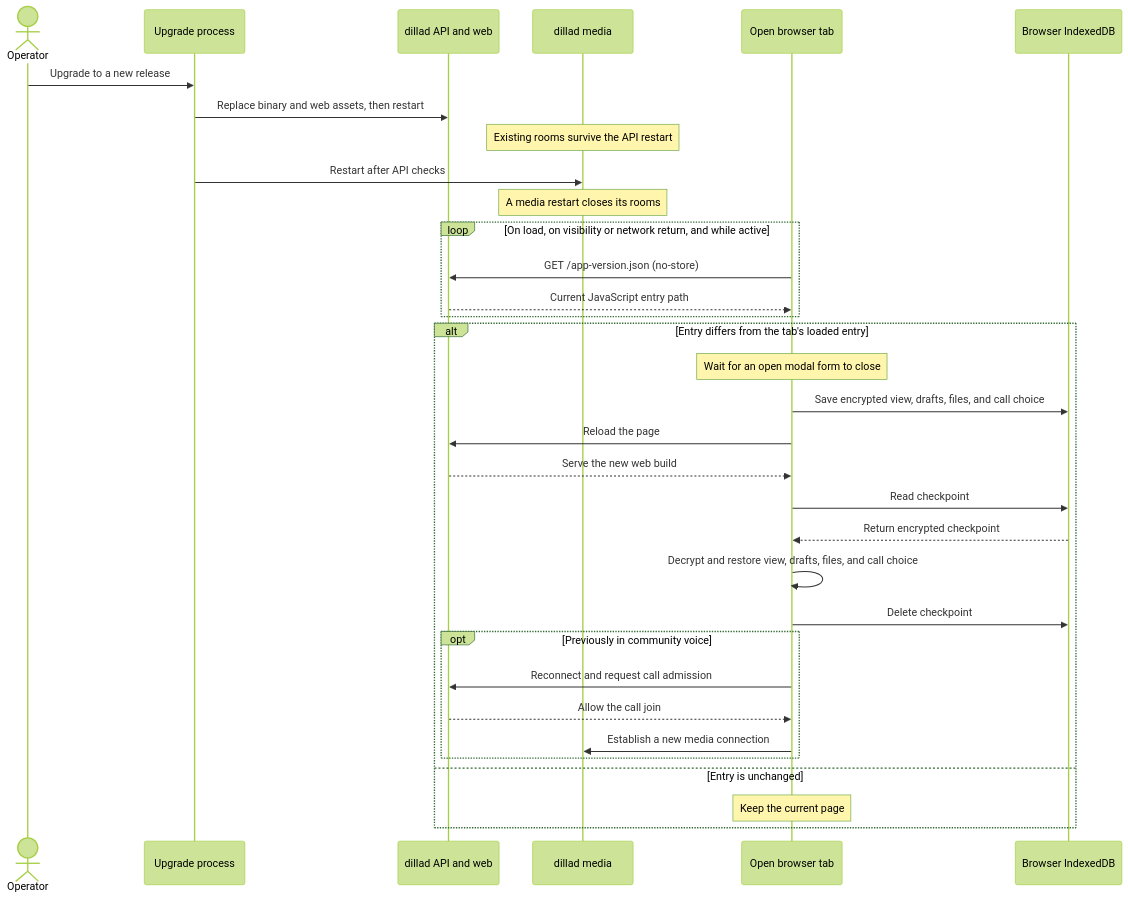
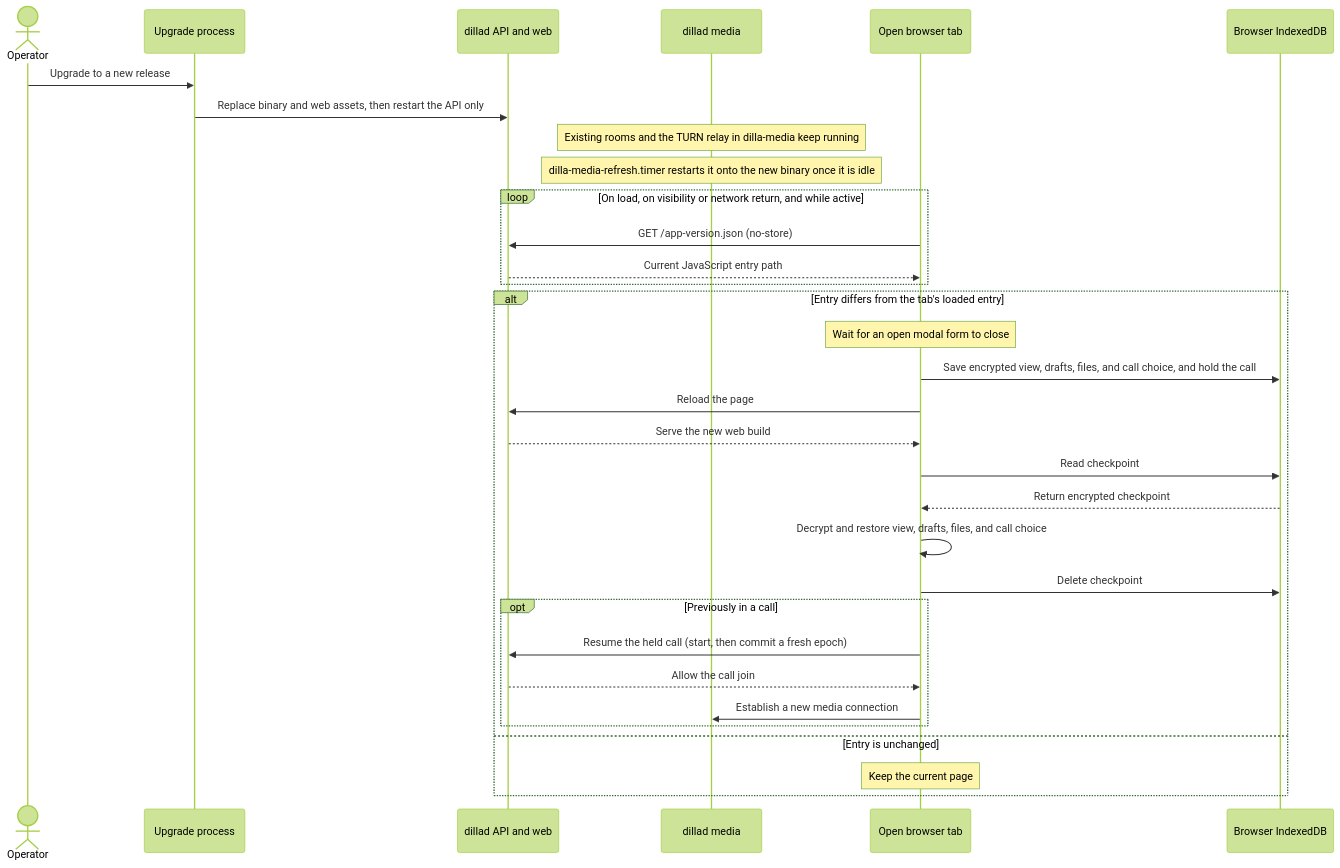
One commit to jonasthim/dilla changed the diagram in docs/deploy/README.md. Above: the diagram before and after it, drawn with Mermaid (forest theme). The commit also changed other lines of this file and 6 other files, not shown here.

First line of the commit message:
docs: calls survive an upgrade; v0.1.0-web3.13 notes (UP10)

````diff
--- a/docs/deploy/README.md
+++ b/docs/deploy/README.md
@@ -15,36 +19,35 @@
 ```mermaid
 sequenceDiagram
     actor Operator
     participant Rollout as Upgrade process
     participant API as dillad API and web
     participant Media as dillad media
     participant Tab as Open browser tab
     participant Store as Browser IndexedDB
 
     Operator->>Rollout: Upgrade to a new release
-    Rollout->>API: Replace binary and web assets, then restart
-    Note over Media: Existing rooms survive the API restart
-    Rollout->>Media: Restart after API checks
-    Note over Media: A media restart closes its rooms
+    Rollout->>API: Replace binary and web assets, then restart the API only
+    Note over Media: Existing rooms and the TURN relay in dilla-media keep running
+    Note over Media: dilla-media-refresh.timer restarts it onto the new binary once it is idle
     loop On load, on visibility or network return, and while active
         Tab->>API: GET /app-version.json (no-store)
         API-->>Tab: Current JavaScript entry path
     end
     alt Entry differs from the tab's loaded entry
         Note over Tab: Wait for an open modal form to close
-        Tab->>Store: Save encrypted view, drafts, files, and call choice
+        Tab->>Store: Save encrypted view, drafts, files, and call choice, and hold the call
         Tab->>API: Reload the page
         API-->>Tab: Serve the new web build
         Tab->>Store: Read checkpoint
         Store-->>Tab: Return encrypted checkpoint
         Tab->>Tab: Decrypt and restore view, drafts, files, and call choice
         Tab->>Store: Delete checkpoint
-        opt Previously in community voice
-            Tab->>API: Reconnect and request call admission
+        opt Previously in a call
+            Tab->>API: Resume the held call (start, then commit a fresh epoch)
             API-->>Tab: Allow the call join
             Tab->>Media: Establish a new media connection
         end
     else Entry is unchanged
         Note over Tab: Keep the current page
     end
 ```
````
